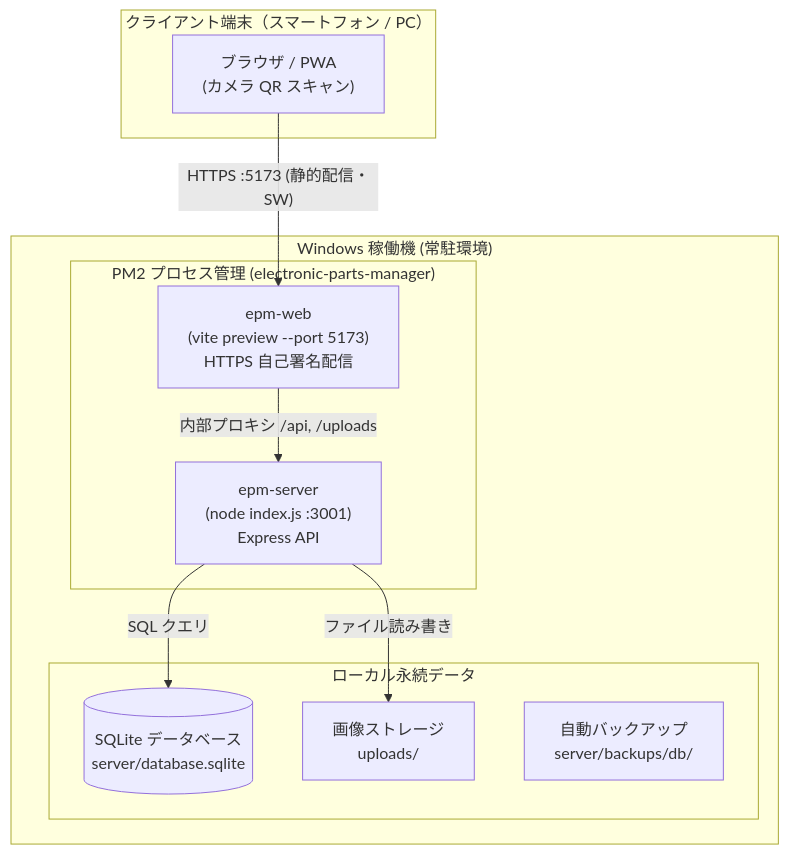
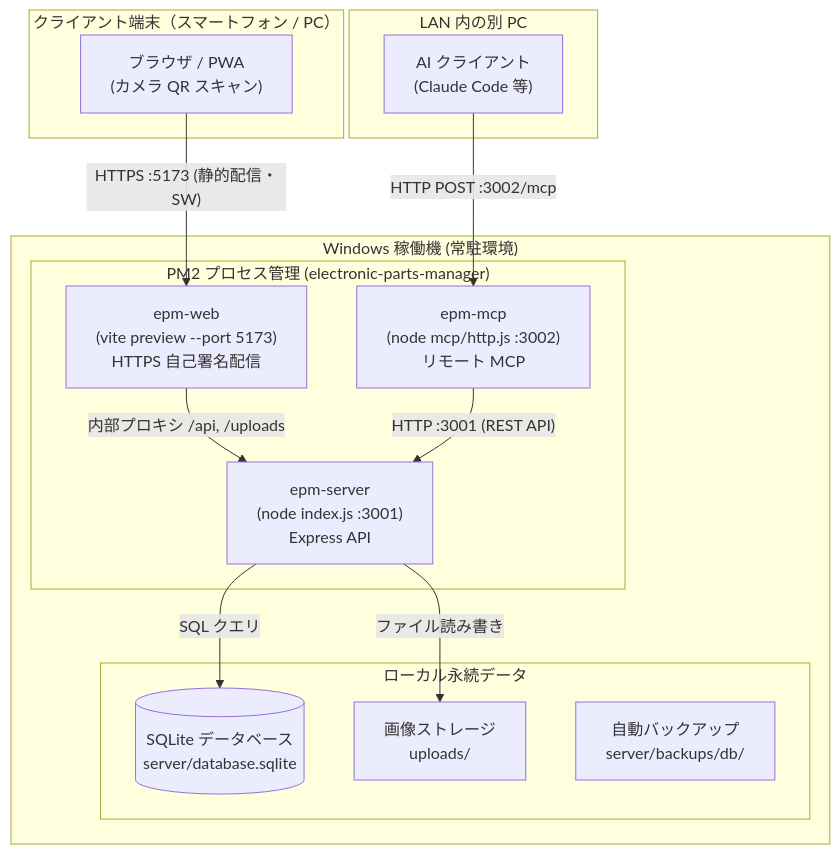
One commit to kuninet/electronic-parts-manager changed the diagram in docs/WINDOWS_SETUP.md. Above: the diagram before and after it, drawn with Mermaid. The commit also changed other lines of this file and 15 other files, not shown here.

First line of the commit message:
feat(mcp): リモートMCP（Streamable HTTP・認証なし）で LAN 内から接続できるようにする (#93)

````diff
--- a/docs/WINDOWS_SETUP.md
+++ b/docs/WINDOWS_SETUP.md
@@ -11,24 +11,31 @@
 ```mermaid
 flowchart TD
     subgraph ClientDevice["クライアント端末（スマートフォン / PC）"]
         Browser["ブラウザ / PWA\n(カメラ QR スキャン)"]
     end
 
+    subgraph McpClientDevice["LAN 内の別 PC"]
+        AiClient["AI クライアント\n(Claude Code 等)"]
+    end
+
     subgraph WindowsHost["Windows 稼働機 (常駐環境)"]
         subgraph PM2["PM2 プロセス管理 (electronic-parts-manager)"]
             EpmWeb["epm-web\n(vite preview --port 5173)\nHTTPS 自己署名配信"]
             EpmServer["epm-server\n(node index.js :3001)\nExpress API"]
+            EpmMcp["epm-mcp\n(node mcp/http.js :3002)\nリモート MCP"]
         end
 
         subgraph Storage["ローカル永続データ"]
             SQLite[("SQLite データベース\nserver/database.sqlite")]
             Uploads["画像ストレージ\nuploads/"]
             Backups["自動バックアップ\nserver/backups/db/"]
         end
     end
 
     Browser -->|"HTTPS :5173 (静的配信・SW)"| EpmWeb
     EpmWeb -->|"内部プロキシ /api, /uploads"| EpmServer
+    AiClient -->|"HTTP POST :3002/mcp"| EpmMcp
+    EpmMcp -->|"HTTP :3001 (REST API)"| EpmServer
     EpmServer -->|"SQL クエリ"| SQLite
     EpmServer -->|"ファイル読み書き"| Uploads
 ```
````
